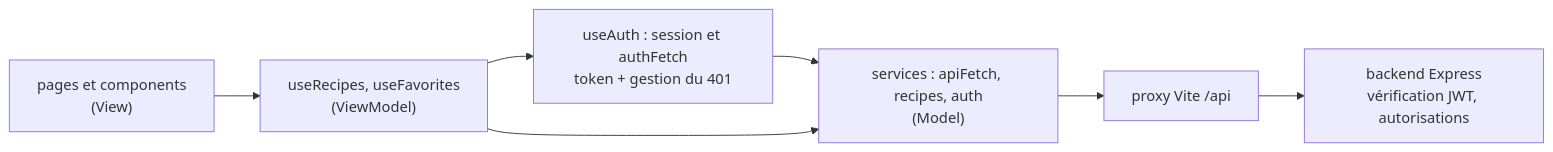
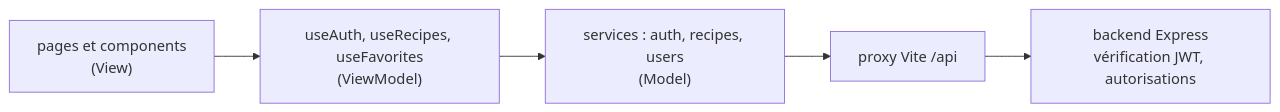
The diagram in seance-24/slides.md (e-vinci/BINV2150A-slides), drawn with Mermaid before and after one commit. The commit also changed other lines of this file and 4 other files, not shown here.

````diff
--- a/seance-24/slides.md
+++ b/seance-24/slides.md
@@ -253,15 +184,12 @@
 ```mermaid
 flowchart LR
   P["pages et components<br/>(View)"]
-  H["useRecipes, useFavorites<br/>(ViewModel)"]
-  AF["useAuth : session et authFetch<br/>token + gestion du 401"]
-  S["services : apiFetch, recipes, auth<br/>(Model)"]
+  H["useAuth, useRecipes, useFavorites<br/>(ViewModel)"]
+  S["services : auth, recipes, users<br/>(Model)"]
   V["proxy Vite /api"]
   B["backend Express<br/>vérification JWT, autorisations"]
   P --> H
-  H --> AF
-  AF --> S
   H --> S
   S --> V
   V --> B
 ```
````
